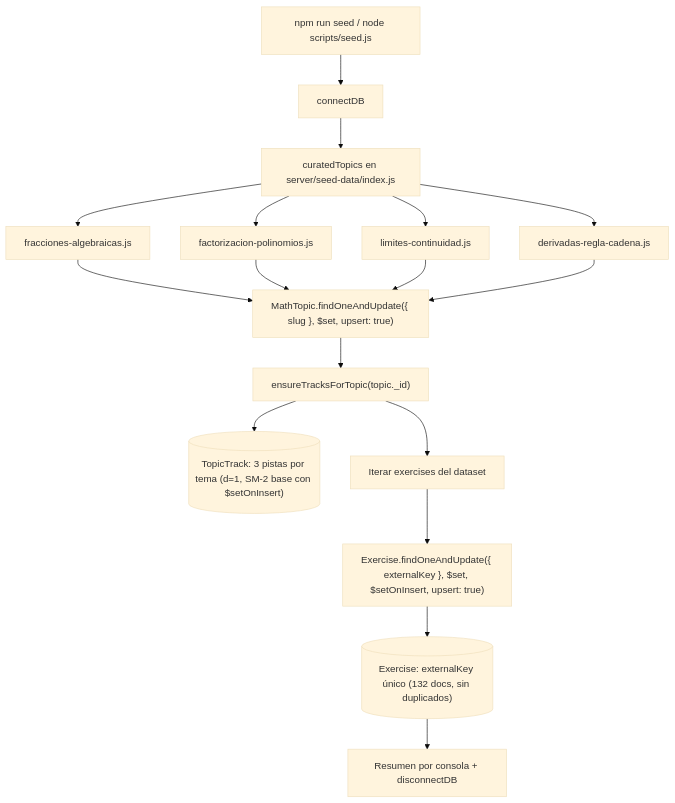
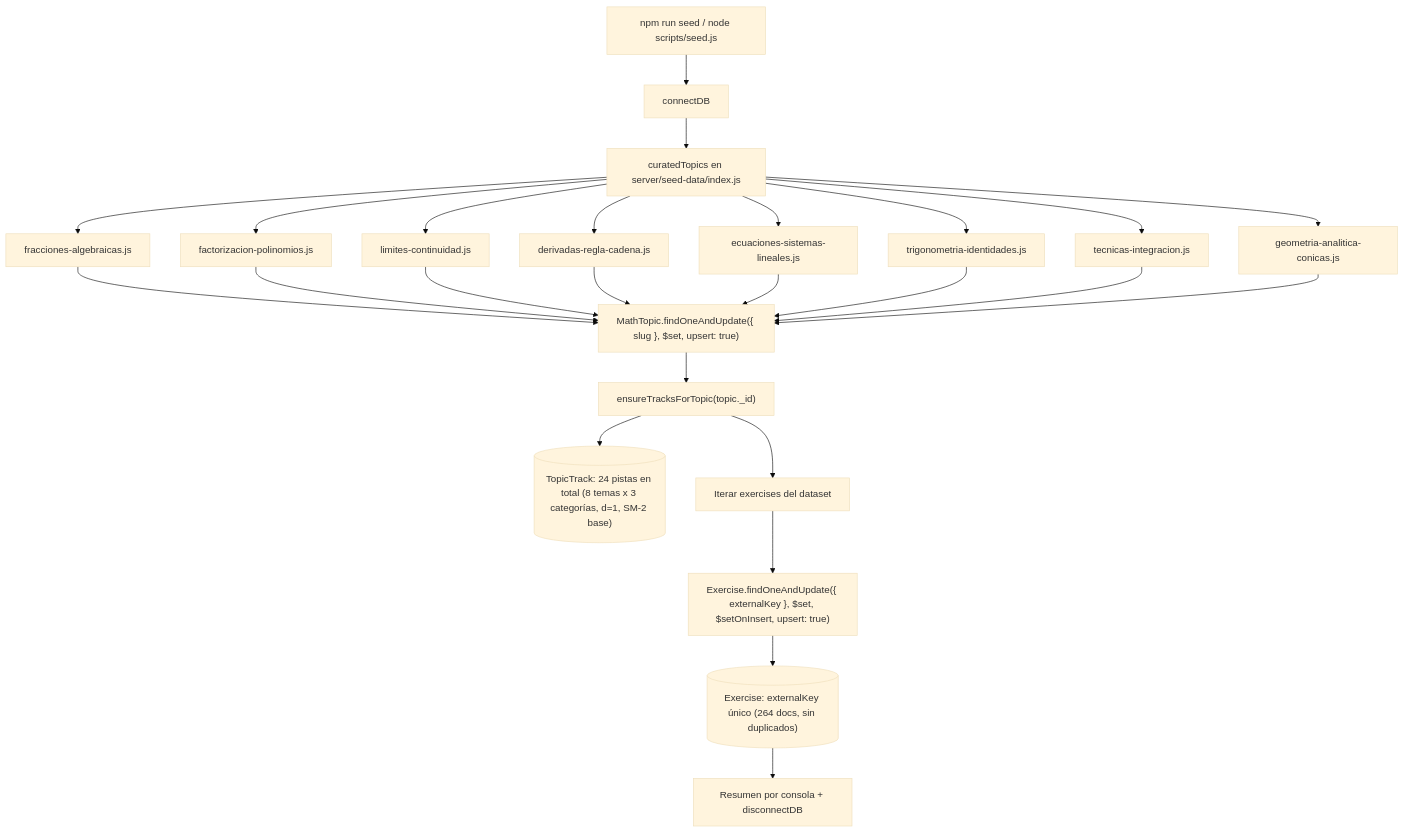
One commit to EmmanuelTeran/mathcoach-sparring changed the second of 6 diagrams in docs/ARCHITECTURE.md. Above: the diagram before and after it, drawn with Mermaid (base theme). The commit also changed other lines of this file and 20 other files, not shown here.

````diff
--- a/docs/ARCHITECTURE.md
+++ b/docs/ARCHITECTURE.md
@@ -201,19 +201,23 @@
 ```mermaid
 flowchart TD
     CLI[npm run seed / node scripts/seed.js] --> Boot[connectDB]
     Boot --> Registry[curatedTopics en server/seed-data/index.js]
     Registry --> T1[fracciones-algebraicas.js]
     Registry --> T2[factorizacion-polinomios.js]
     Registry --> T3[limites-continuidad.js]
     Registry --> T4[derivadas-regla-cadena.js]
+    Registry --> T5[ecuaciones-sistemas-lineales.js]
+    Registry --> T6[trigonometria-identidades.js]
+    Registry --> T7[tecnicas-integracion.js]
+    Registry --> T8[geometria-analitica-conicas.js]
 
-    T1 & T2 & T3 & T4 --> UpsertTopic["MathTopic.findOneAndUpdate({ slug }, $set, upsert: true)"]
+    T1 & T2 & T3 & T4 & T5 & T6 & T7 & T8 --> UpsertTopic["MathTopic.findOneAndUpdate({ slug }, $set, upsert: true)"]
     UpsertTopic --> EnsureTracks["ensureTracksForTopic(topic._id)"]
-    EnsureTracks --> TracksDB[("TopicTrack: 3 pistas por tema (d=1, SM-2 base con $setOnInsert)")]
+    EnsureTracks --> TracksDB[("TopicTrack: 24 pistas en total (8 temas x 3 categorías, d=1, SM-2 base)")]
 
     EnsureTracks --> LoopEx[Iterar exercises del dataset]
     LoopEx --> UpsertEx["Exercise.findOneAndUpdate({ externalKey }, $set, $setOnInsert, upsert: true)"]
-    UpsertEx --> ExDB[("Exercise: externalKey único (132 docs, sin duplicados)")]
+    UpsertEx --> ExDB[("Exercise: externalKey único (264 docs, sin duplicados)")]
 
     ExDB --> Finish[Resumen por consola + disconnectDB]
 ```
````
